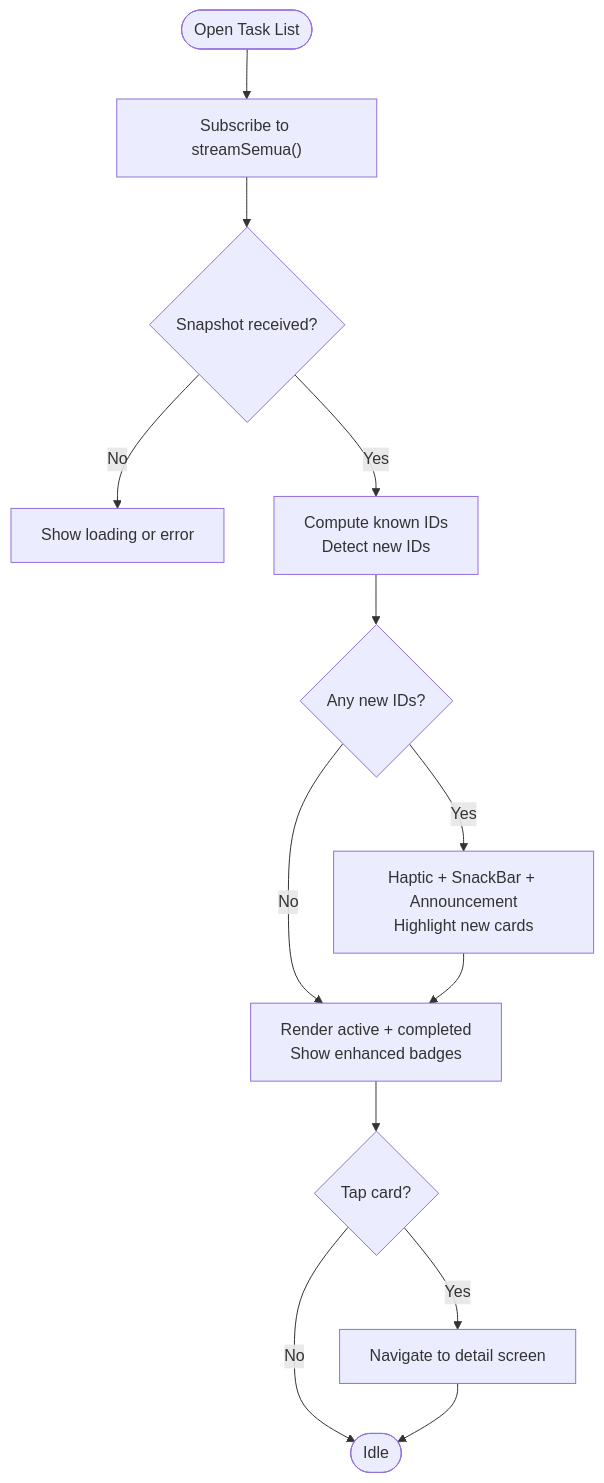
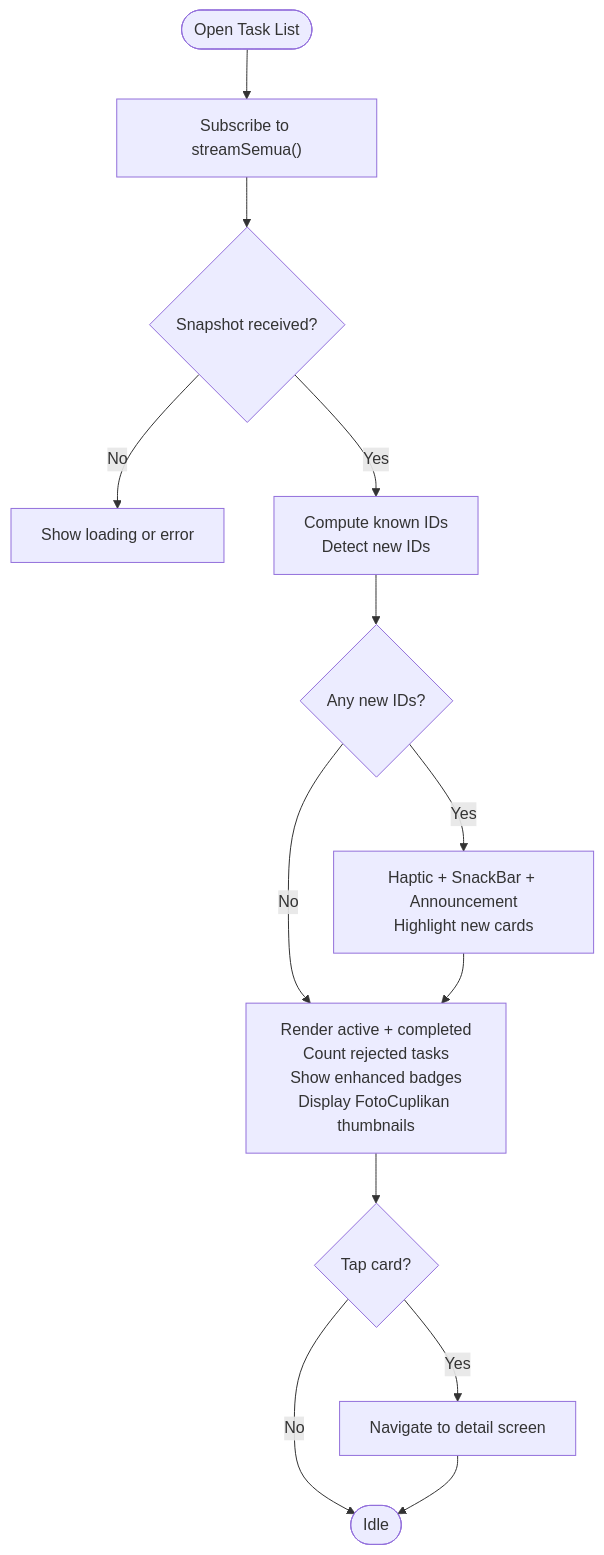
One commit to rdsarjito/whoosh-ramah changed the third of 11 diagrams in .qoder/repowiki/en/content/Mobile Application/Staff Workflow/Staff Workflow.md. Above: the diagram before and after it, drawn with Mermaid. The commit also changed other lines of this file and 18 other files, not shown here.

````diff
--- a/.qoder/repowiki/en/content/Mobile Application/Staff Workflow/Staff Workflow.md
+++ b/.qoder/repowiki/en/content/Mobile Application/Staff Workflow/Staff Workflow.md
@@ -225,15 +248,15 @@
 ```mermaid
 flowchart TD
 Start(["Open Task List"]) --> StreamAll["Subscribe to streamSemua()"]
 StreamAll --> Snapshot{"Snapshot received?"}
 Snapshot --> |No| Loading["Show loading or error"]
 Snapshot --> |Yes| Process["Compute known IDs<br/>Detect new IDs"]
 Process --> Notify{"Any new IDs?"}
-Notify --> |No| Render["Render active + completed<br/>Show enhanced badges"]
+Notify --> |No| Render["Render active + completed<br/>Count rejected tasks<br/>Show enhanced badges<br/>Display FotoCuplikan thumbnails"]
 Notify --> |Yes| Alert["Haptic + SnackBar + Announcement<br/>Highlight new cards"]
 Alert --> Render
 Render --> TapCard{"Tap card?"}
 TapCard --> |Yes| Navigate["Navigate to detail screen"]
 TapCard --> |No| End(["Idle"])
 Navigate --> End
 ```
````
